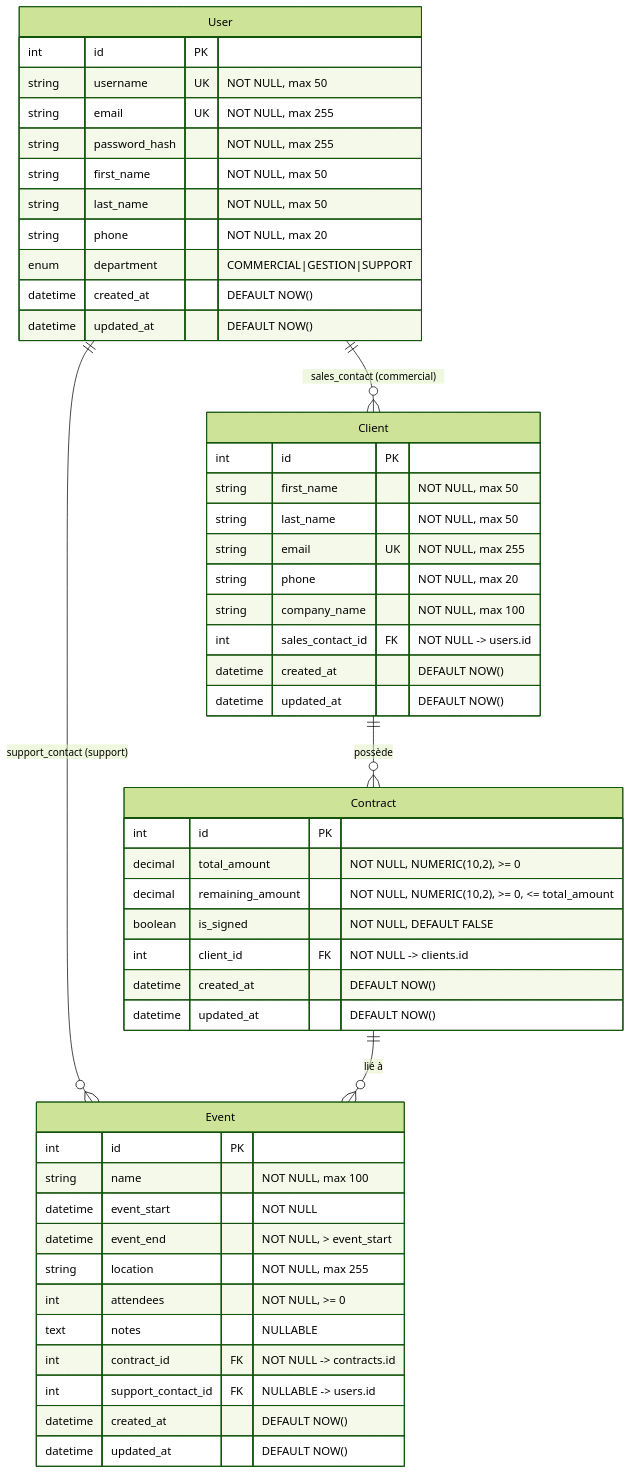
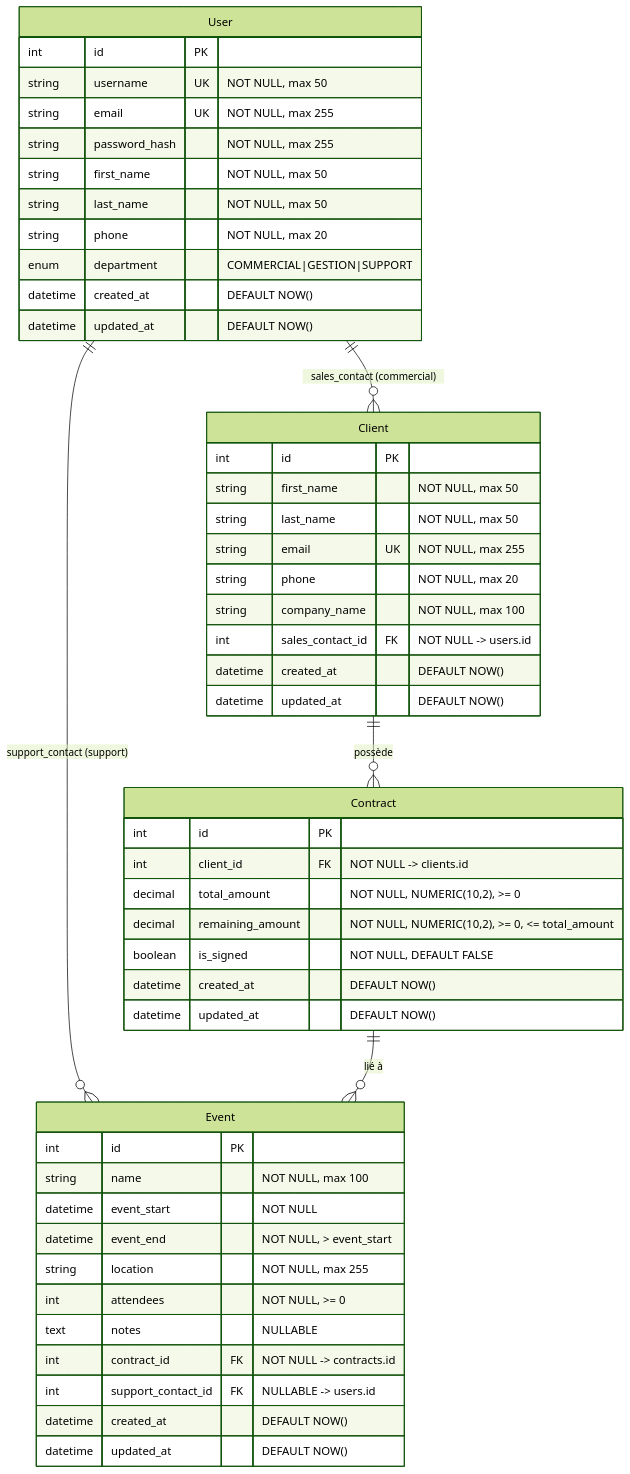
One commit to SebGris/sebgrison changed the diagram in project-12-architecture-back-end/doc/soutenance/database-schema.md. Above: the diagram before and after it, drawn with Mermaid (forest theme). The commit also changed other lines of this file and 3 other files, not shown here.

````diff
--- a/project-12-architecture-back-end/doc/soutenance/database-schema.md
+++ b/project-12-architecture-back-end/doc/soutenance/database-schema.md
@@ -368,56 +368,56 @@
 ```mermaid
 erDiagram
     User ||--o{ Client : "sales_contact (commercial)"
     User ||--o{ Event : "support_contact (support)"
     Client ||--o{ Contract : "possède"
     Contract ||--o{ Event : "lié à"
 
     User {
         int id PK
         string username UK "NOT NULL, max 50"
         string email UK "NOT NULL, max 255"
         string password_hash "NOT NULL, max 255"
         string first_name "NOT NULL, max 50"
         string last_name "NOT NULL, max 50"
         string phone "NOT NULL, max 20"
         enum department "COMMERCIAL|GESTION|SUPPORT"
         datetime created_at "DEFAULT NOW()"
         datetime updated_at "DEFAULT NOW()"
     }
 
     Client {
         int id PK
         string first_name "NOT NULL, max 50"
         string last_name "NOT NULL, max 50"
         string email UK "NOT NULL, max 255"
         string phone "NOT NULL, max 20"
         string company_name "NOT NULL, max 100"
         int sales_contact_id FK "NOT NULL -> users.id"
         datetime created_at "DEFAULT NOW()"
         datetime updated_at "DEFAULT NOW()"
     }
 
     Contract {
         int id PK
+        int client_id FK "NOT NULL -> clients.id"
         decimal total_amount "NOT NULL, NUMERIC(10,2), >= 0"
         decimal remaining_amount "NOT NULL, NUMERIC(10,2), >= 0, <= total_amount"
         boolean is_signed "NOT NULL, DEFAULT FALSE"
-        int client_id FK "NOT NULL -> clients.id"
         datetime created_at "DEFAULT NOW()"
         datetime updated_at "DEFAULT NOW()"
     }
 
     Event {
         int id PK
         string name "NOT NULL, max 100"
         datetime event_start "NOT NULL"
         datetime event_end "NOT NULL, > event_start"
         string location "NOT NULL, max 255"
         int attendees "NOT NULL, >= 0"
         text notes "NULLABLE"
         int contract_id FK "NOT NULL -> contracts.id"
         int support_contact_id FK "NULLABLE -> users.id"
         datetime created_at "DEFAULT NOW()"
         datetime updated_at "DEFAULT NOW()"
     }
 ```
````
